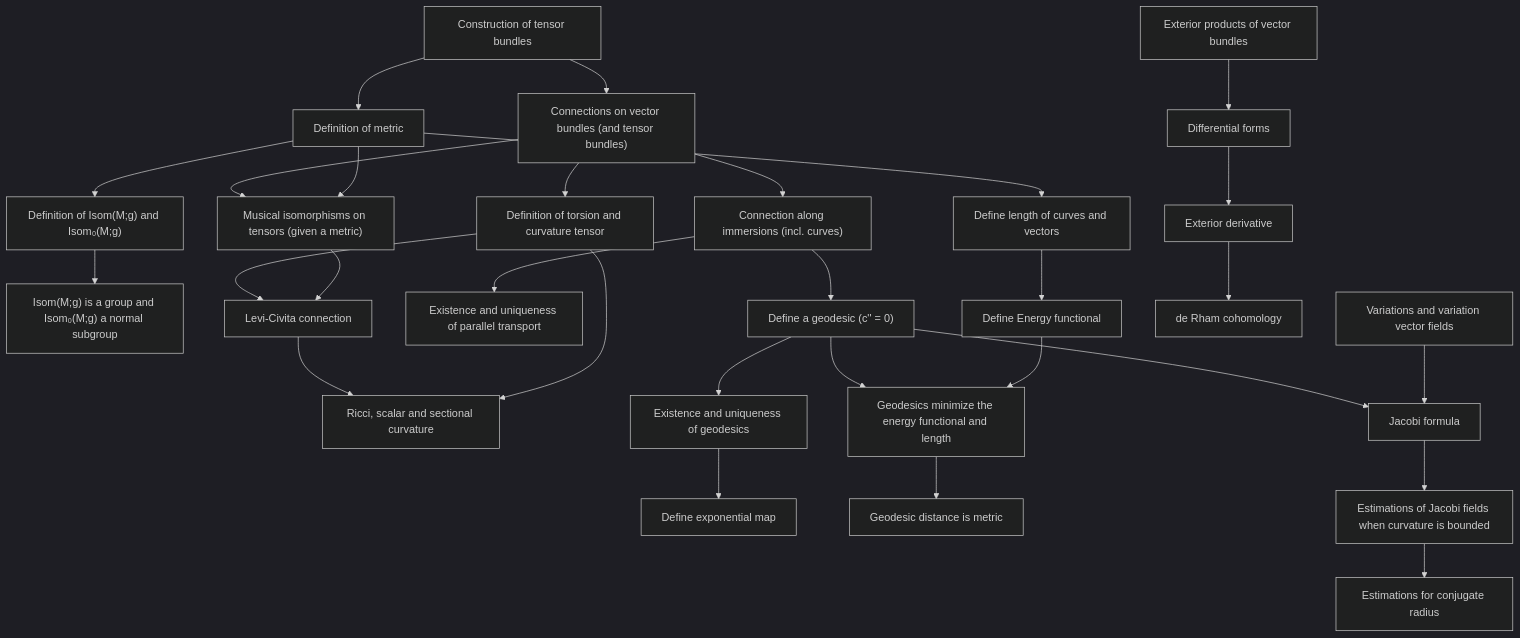
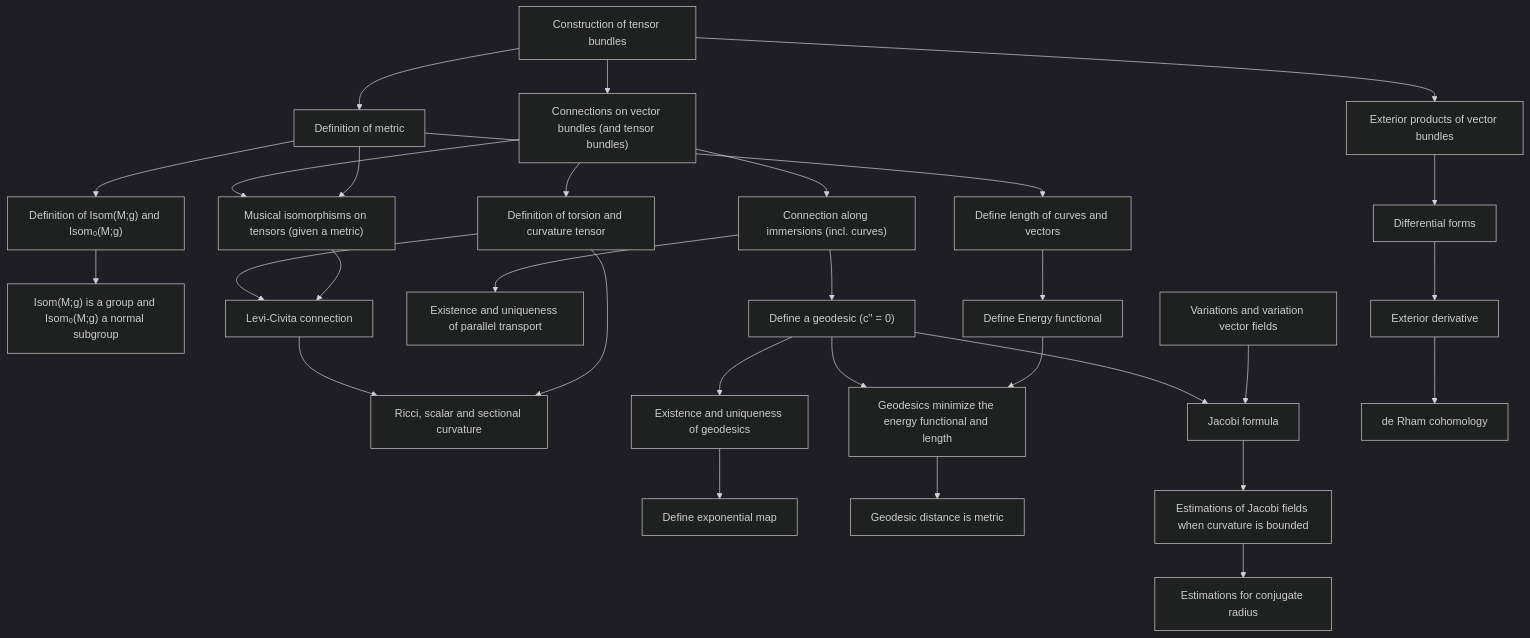
The diagram in differentialGeometry/gapAnalysis.md (jkanschik/learning-lean), drawn with Mermaid (dark theme) before and after one commit. The commit also changed 1 other file, not shown here.

````diff
--- a/differentialGeometry/gapAnalysis.md
+++ b/differentialGeometry/gapAnalysis.md
@@ -112,55 +112,55 @@
 ```mermaid
 graph TD;
     T1["Construction of tensor bundles"]
     T2["Definition of metric"]
     T3["Define length of curves and vectors"]
     T4["Definition of Isom(M;g) and Isom₀(M;g)"]
     T5["Isom(M;g) is a group and Isom₀(M;g) a normal subgroup"]
 
     T1-->T2-->T3
     T2-->T4-->T5
 
     T10["Connections on vector bundles (and tensor bundles)"]
     T11["Definition of torsion and curvature tensor"]
     T12["Musical isomorphisms on tensors (given a metric)"]
     T13["Levi-Civita connection"]
     T14["Ricci, scalar and sectional curvature"]
     T15["Connection along immersions (incl. curves)"]
     T16["Existence and uniqueness of parallel transport"]
 
     T1-->T10-->T11-->T13
     T10-->T12
     T2-->T12
     T12-->T13-->T14
     T11-->T14
     T10-->T15-->T16
 
     T30["Define a geodesic (c'' = 0)"]
     T31["Existence and uniqueness of geodesics"]
     T32["Define exponential map"]
     T33["Define Energy functional"]
     T34["Geodesics minimize the energy functional and length"]
     T35["Geodesic distance is metric"]
 
     T15-->T30
     T30-->T31-->T32
     T30-->T34
     T3-->T33-->T34-->T35
 
     T40["Variations and variation vector fields"]
     T41["Jacobi formula"]
     T42["Estimations of Jacobi fields when curvature is bounded"]
     T43["Estimations for conjugate radius"]
 
     T30-->T41
     T40-->T41-->T42-->T43
 
     T50["Exterior products of vector bundles"]
     T51["Differential forms"]
     T52["Exterior derivative"]
     T53["de Rham cohomology"]
 
-    T50-->T51-->T52-->T53
+    T1-->T50-->T51-->T52-->T53
 
 
 ```
````
